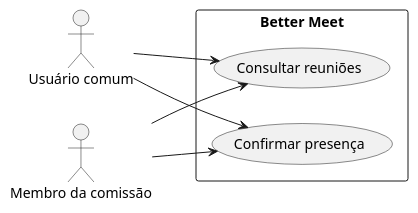
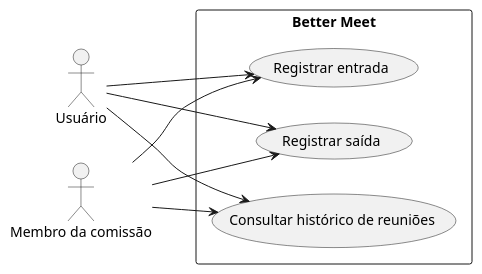
Before and after one commit to MiguelIFSP/BRTPDS2-PROJETO-E-DESENVOLVIMENTO-DE-SISTEMAS-2: the first of 2 diagrams in documentos/entrega3_Di2/breno.md, drawn with PlantUML. The commit also changed other lines of this file, not shown here.

Commit message:
docs: adicionar histórico de reuniões

````diff
--- a/documentos/entrega3_Di2/breno.md
+++ b/documentos/entrega3_Di2/breno.md
@@ -105,17 +135,20 @@
 ```plantuml
 @startuml
 left to right direction
-actor "Usuário comum" as U
+actor "Usuário" as U
 actor "Membro da comissão" as M
 
 rectangle "Better Meet" {
-  usecase "Consultar reuniões" as UC1
-  usecase "Confirmar presença" as UC2
+  usecase "Consultar histórico de reuniões" as UC1
+  usecase "Registrar entrada" as UC2
+  usecase "Registrar saída" as UC3
 }
 
 U --> UC1
 U --> UC2
+U --> UC3
 M --> UC1
 M --> UC2
+M --> UC3
 @enduml
 ```
````
